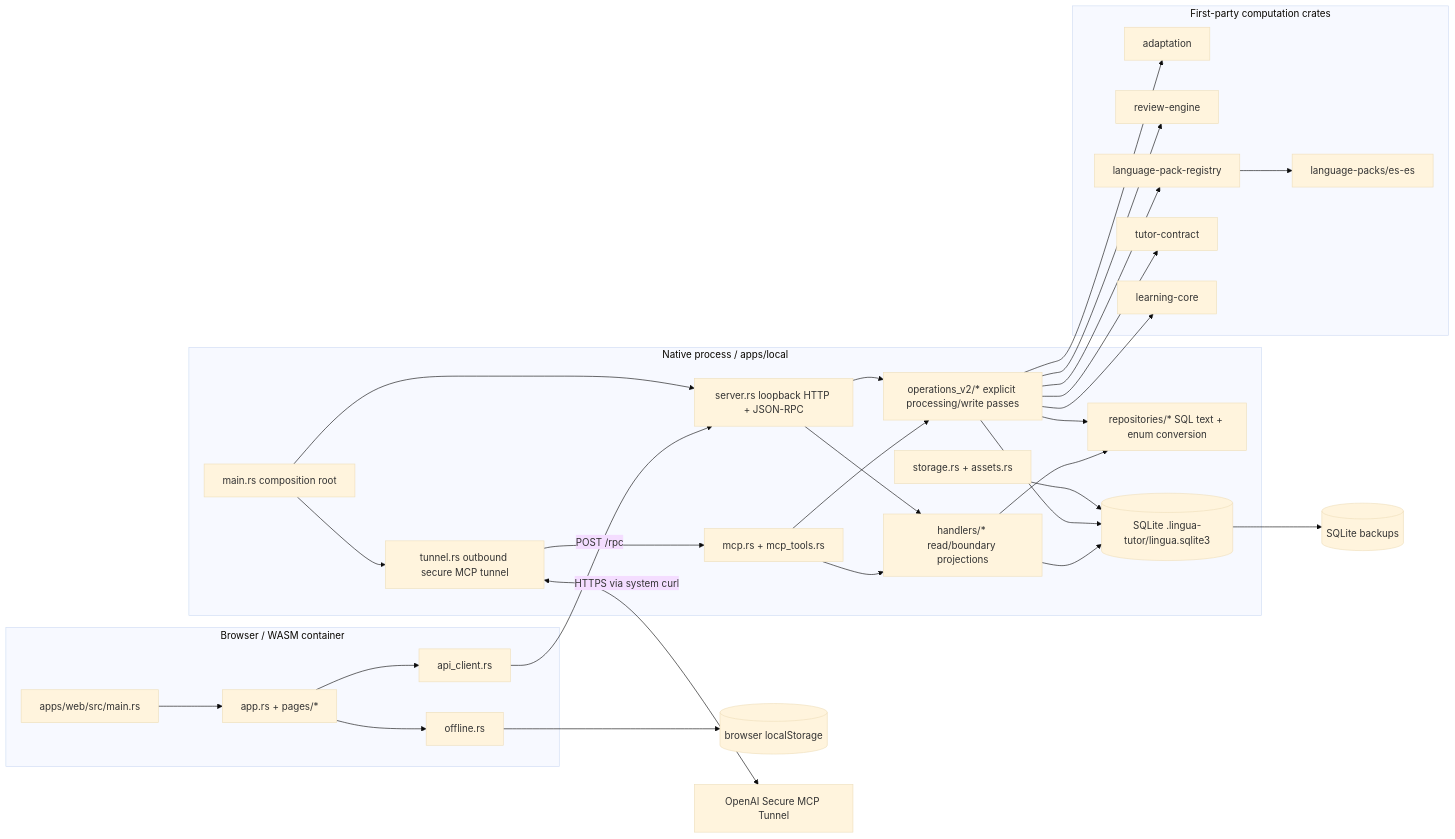
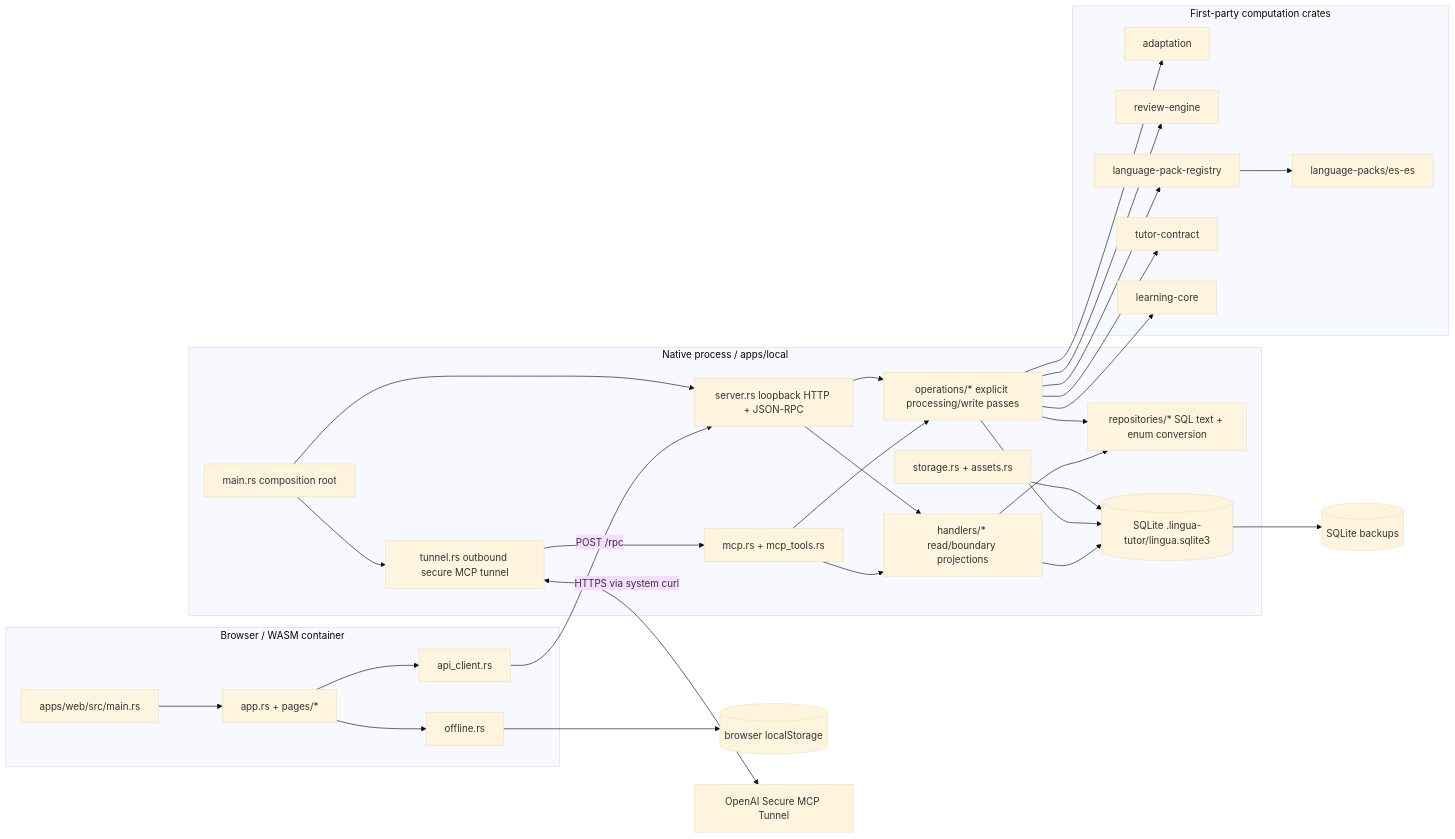
Before and after one commit to agredyaev/lingua-tutor: the second of 4 diagrams in docs/dod-preflight.md, drawn with Mermaid (base theme). The commit also changed other lines of this file and 62 other files, not shown here.

````diff
--- a/docs/dod-preflight.md
+++ b/docs/dod-preflight.md
@@ -29,60 +29,60 @@
 ```mermaid
 flowchart LR
   subgraph Browser["Browser / WASM container"]
     WebMain["apps/web/src/main.rs"]
     WebApp["app.rs + pages/*"]
     RpcClient["api_client.rs"]
     Offline["offline.rs"]
     WebMain --> WebApp
     WebApp --> RpcClient
     WebApp --> Offline
   end
 
   subgraph Native["Native process / apps/local"]
     Main["main.rs composition root"]
     Server["server.rs loopback HTTP + JSON-RPC"]
     Tunnel["tunnel.rs outbound secure MCP tunnel"]
     MCP["mcp.rs + mcp_tools.rs"]
-    Ops["operations_v2/* explicit processing/write passes"]
+    Ops["operations/* explicit processing/write passes"]
     Reads["handlers/* read/boundary projections"]
     SQL["repositories/* SQL text + enum conversion"]
     Storage["storage.rs + assets.rs"]
     Main --> Server
     Main --> Tunnel
     Tunnel --> MCP
     Server --> Ops
     Server --> Reads
     MCP --> Ops
     MCP --> Reads
     Ops --> SQL
     Reads --> SQL
     Storage --> SQLite
     Ops --> SQLite
     Reads --> SQLite
   end
 
   subgraph Compute["First-party computation crates"]
     Adapt["adaptation"]
     Review["review-engine"]
     Registry["language-pack-registry"]
     Pack["language-packs/es-es"]
     Contract["tutor-contract"]
     Core["learning-core"]
   end
 
   SQLite[("SQLite .lingua-tutor/lingua.sqlite3")]
   Backup[("SQLite backups")]
   LocalStorage[("browser localStorage")]
   OpenAI["OpenAI Secure MCP Tunnel"]
 
   RpcClient -->|POST /rpc| Server
   Offline --> LocalStorage
   Tunnel <-->|HTTPS via system curl| OpenAI
   Ops --> Adapt
   Ops --> Review
   Ops --> Registry
   Registry --> Pack
   Ops --> Contract
   Ops --> Core
   SQLite --> Backup
 ```
````
